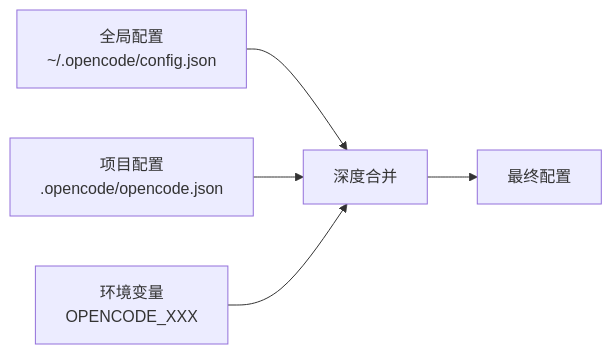
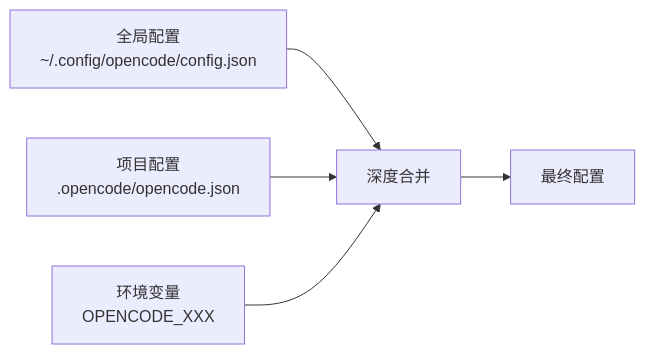
The third of 3 diagrams in opencode/docs/appendix/C-核心API参考索引.md (LeoNardo-LB/source-code-analysis), drawn with Mermaid before and after one commit. The commit also changed other lines of this file and 13 other files, not shown here.

````diff
--- a/opencode/docs/appendix/C-核心API参考索引.md
+++ b/opencode/docs/appendix/C-核心API参考索引.md
@@ -190,7 +190,7 @@
 ```mermaid
 flowchart LR
-    GLOBAL["全局配置<br/>~/.opencode/config.json"] --> MERGE["深度合并"]
+    GLOBAL["全局配置<br/>~/.config/opencode/config.json"] --> MERGE["深度合并"]
     PROJECT["项目配置<br/>.opencode/opencode.json"] --> MERGE
     ENV["环境变量<br/>OPENCODE_XXX"] --> MERGE
     MERGE --> FINAL["最终配置"]
 ```
````
